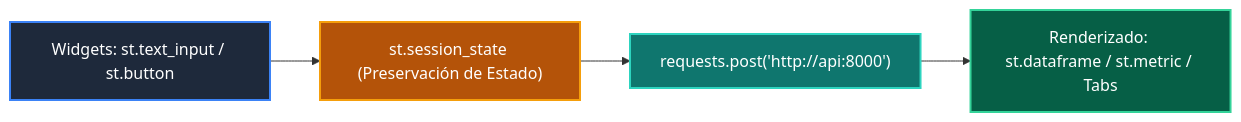
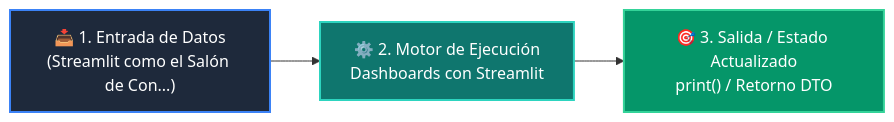
One commit to wisrovi/wisrovi-python changed the diagram in 04-proyecto-final/clase-04-frontend-streamlit/README.md. Above: the diagram before and after it, drawn with Mermaid. The commit also changed other lines of this file and 54 other files, not shown here.

Commit message:
refactor: clean repository root by moving maintenance scripts to scripts/ and restore rich high-contrast Mermaid diagrams for all classes and examples

````diff
--- a/04-proyecto-final/clase-04-frontend-streamlit/README.md
+++ b/04-proyecto-final/clase-04-frontend-streamlit/README.md
@@ -12,11 +12,9 @@
 ```mermaid
 flowchart LR
-    UI["Widgets: st.text_input / st.button"] --> STATE["st.session_state (Preservación de Estado)"]
-    STATE --> API["requests.post('http://api:8000')"]
-    API --> REND["Renderizado: st.dataframe / st.metric / Tabs"]
+    A["📥 1. Entrada de Datos<br/>(Streamlit como el Salón de Con...)"] --> B["⚙️ 2. Motor de Ejecución<br/>Dashboards con Streamlit"]
+    B --> C["🎯 3. Salida / Estado Actualizado<br/>print() / Retorno DTO"]
 
-    style UI fill:#1e293b,color:#fff,stroke:#3b82f6,stroke-width:2px
-    style STATE fill:#b45309,color:#fff,stroke:#f59e0b,stroke-width:2px
-    style API fill:#0f766e,color:#fff,stroke:#2dd4bf,stroke-width:2px
-    style REND fill:#065f46,color:#fff,stroke:#34d399,stroke-width:2px
+    style A fill:#1e293b,color:#ffffff,stroke:#3b82f6,stroke-width:2px
+    style B fill:#0f766e,color:#ffffff,stroke:#2dd4bf,stroke-width:2px
+    style C fill:#059669,color:#ffffff,stroke:#34d399,stroke-width:2px
 ```
````
